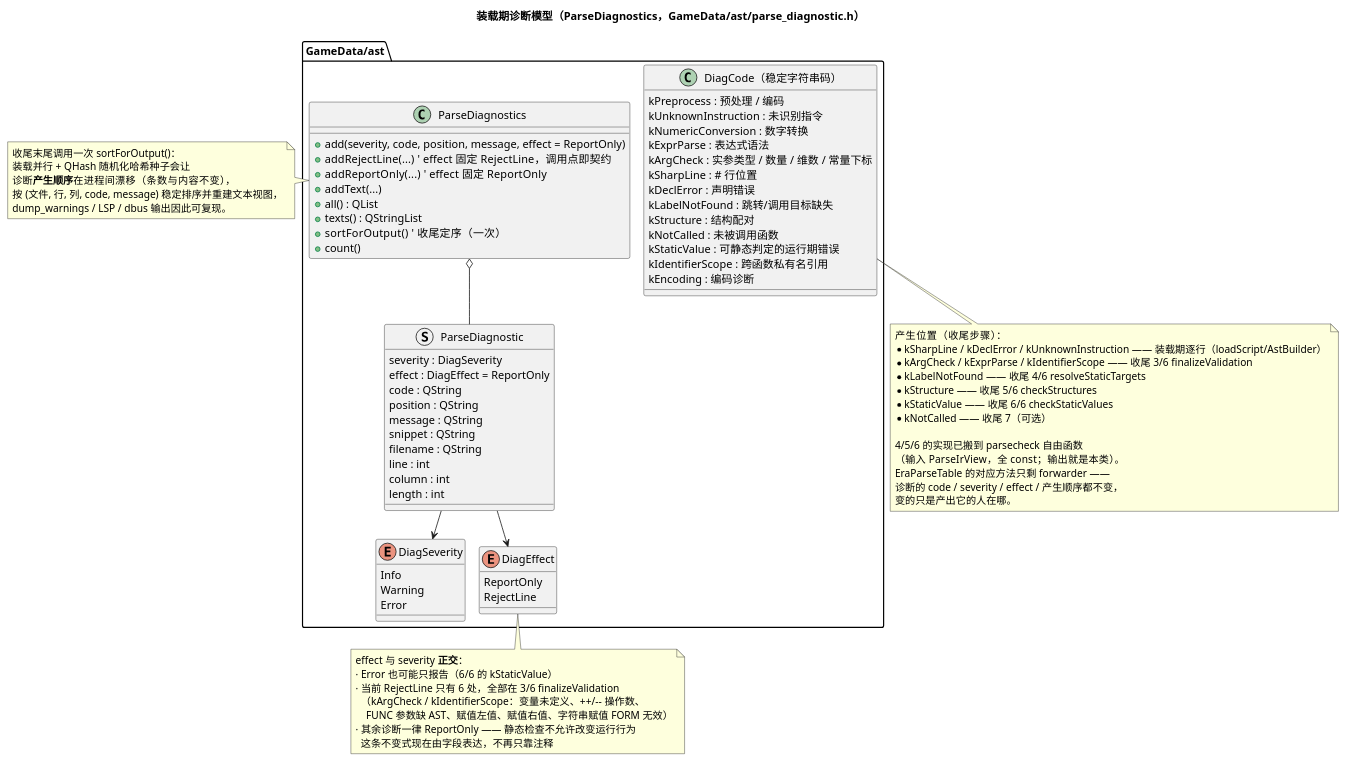
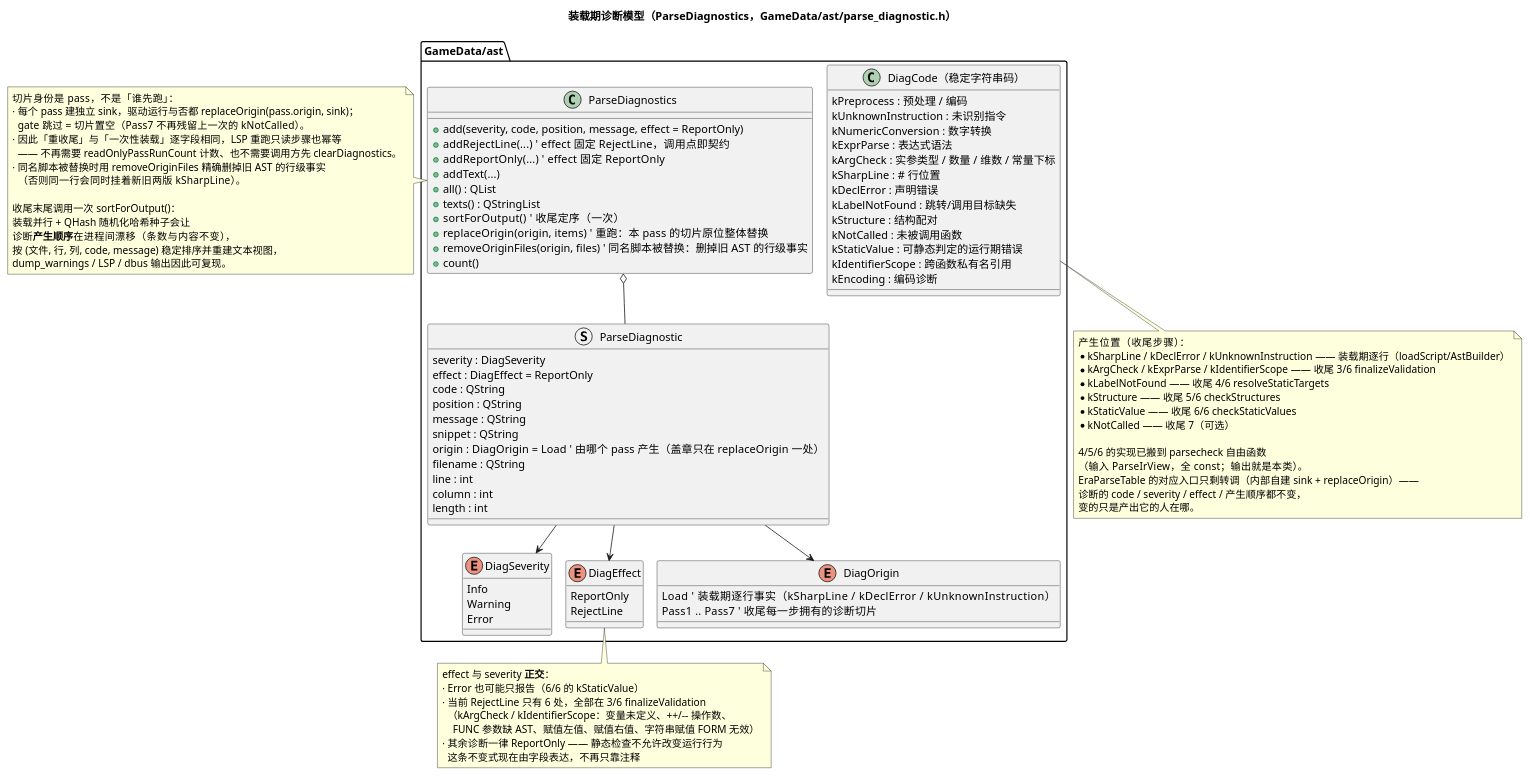
Before and after one commit to yigekuyou/qt-eraemu: the diagram in docs/uml/06-diagnostics.puml, drawn with PlantUML. The commit also changed 5 other files, not shown here.

First line of the commit message:
docs/uml：标签索引 / 诊断切片 / 增量协议 / 常数作用域，补齐五刀代码

```diff
--- a/docs/uml/06-diagnostics.puml
+++ b/docs/uml/06-diagnostics.puml
@@ -1,99 +1,116 @@
 @startuml 06-diagnostics
 ' 无 graphviz(dot) 环境下用 PlantUML 内置 smetana 布局引擎
 !pragma layout smetana
 ' emuera —— 装载期诊断模型与「边界条件前移」检查目录
 ' 渲染：plantuml docs/uml/06-diagnostics.puml
 title 装载期诊断模型（ParseDiagnostics，GameData/ast/parse_diagnostic.h）
 
 package "GameData/ast" {
 
   enum DiagSeverity {
     Info
     Warning
     Error
   }
 
   enum DiagEffect {
     ReportOnly
     RejectLine
   }
 
+  enum DiagOrigin {
+    Load        ' 装载期逐行事实（kSharpLine / kDeclError / kUnknownInstruction）
+    Pass1 .. Pass7   ' 收尾每一步拥有的诊断切片
+  }
+
   struct ParseDiagnostic {
     severity : DiagSeverity
     effect : DiagEffect = ReportOnly
     code : QString
     position : QString
     message : QString
     snippet : QString
+    origin : DiagOrigin = Load   ' 由哪个 pass 产生（盖章只在 replaceOrigin 一处）
     filename : QString
     line : int
     column : int
     length : int
   }
 
   class ParseDiagnostics {
     + add(severity, code, position, message, effect = ReportOnly)
     + addRejectLine(...)   ' effect 固定 RejectLine，调用点即契约
     + addReportOnly(...)   ' effect 固定 ReportOnly
     + addText(...)
     + all() : QList
     + texts() : QStringList
     + sortForOutput()   ' 收尾定序（一次）
+    + replaceOrigin(origin, items)   ' 重跑：本 pass 的切片原位整体替换
+    + removeOriginFiles(origin, files) ' 同名脚本被替换：删掉旧 AST 的行级事实
     + count()
   }
 
   class "DiagCode（稳定字符串码）" as DiagCode {
     kPreprocess : 预处理 / 编码
     kUnknownInstruction : 未识别指令
     kNumericConversion : 数字转换
     kExprParse : 表达式语法
     kArgCheck : 实参类型 / 数量 / 维数 / 常量下标
     kSharpLine : # 行位置
     kDeclError : 声明错误
     kLabelNotFound : 跳转/调用目标缺失
     kStructure : 结构配对
     kNotCalled : 未被调用函数
     kStaticValue : 可静态判定的运行期错误
     kIdentifierScope : 跨函数私有名引用
     kEncoding : 编码诊断
   }
 }
 
 ParseDiagnostics o-- ParseDiagnostic
 ParseDiagnostic --> DiagSeverity
 ParseDiagnostic --> DiagEffect
+ParseDiagnostic --> DiagOrigin
 
 note right of ParseDiagnostics
+  切片身份是 pass，不是「谁先跑」：
+  · 每个 pass 建独立 sink，驱动运行与否都 replaceOrigin(pass.origin, sink)；
+    gate 跳过 = 切片置空（Pass7 不再残留上一次的 kNotCalled）。
+  · 因此「重收尾」与「一次性装载」逐字段相同，LSP 重跑只读步骤也幂等
+    —— 不再需要 readOnlyPassRunCount 计数、也不需要调用方先 clearDiagnostics。
+  · 同名脚本被替换时用 removeOriginFiles 精确删掉旧 AST 的行级事实
+    （否则同一行会同时挂着新旧两版 kSharpLine）。
+
   收尾末尾调用一次 sortForOutput()：
   装载并行 + QHash 随机化哈希种子会让
   诊断**产生顺序**在进程间漂移（条数与内容不变），
   按 (文件, 行, 列, code, message) 稳定排序并重建文本视图，
   dump_warnings / LSP / dbus 输出因此可复现。
 end note
 
 note bottom of DiagEffect
   effect 与 severity **正交**：
   · Error 也可能只报告（6/6 的 kStaticValue）
   · 当前 RejectLine 只有 6 处，全部在 3/6 finalizeValidation
     （kArgCheck / kIdentifierScope：变量未定义、++/-- 操作数、
       FUNC 参数缺 AST、赋值左值、赋值右值、字符串赋值 FORM 无效）
   · 其余诊断一律 ReportOnly —— 静态检查不允许改变运行行为
     这条不变式现在由字段表达，不再只靠注释
 end note
 
 note bottom of DiagCode
   产生位置（收尾步骤）：
   * kSharpLine / kDeclError / kUnknownInstruction —— 装载期逐行（loadScript/AstBuilder）
   * kArgCheck / kExprParse / kIdentifierScope —— 收尾 3/6 finalizeValidation
   * kLabelNotFound —— 收尾 4/6 resolveStaticTargets
   * kStructure —— 收尾 5/6 checkStructures
   * kStaticValue —— 收尾 6/6 checkStaticValues
   * kNotCalled —— 收尾 7（可选）
 
   4/5/6 的实现已搬到 parsecheck 自由函数
   （输入 ParseIrView，全 const；输出就是本类）。
-  EraParseTable 的对应方法只剩 forwarder ——
+  EraParseTable 的对应入口只剩转调（内部自建 sink + replaceOrigin）——
   诊断的 code / severity / effect / 产生顺序都不变，
   变的只是产出它的人在哪。
 end note
 @enduml
```
